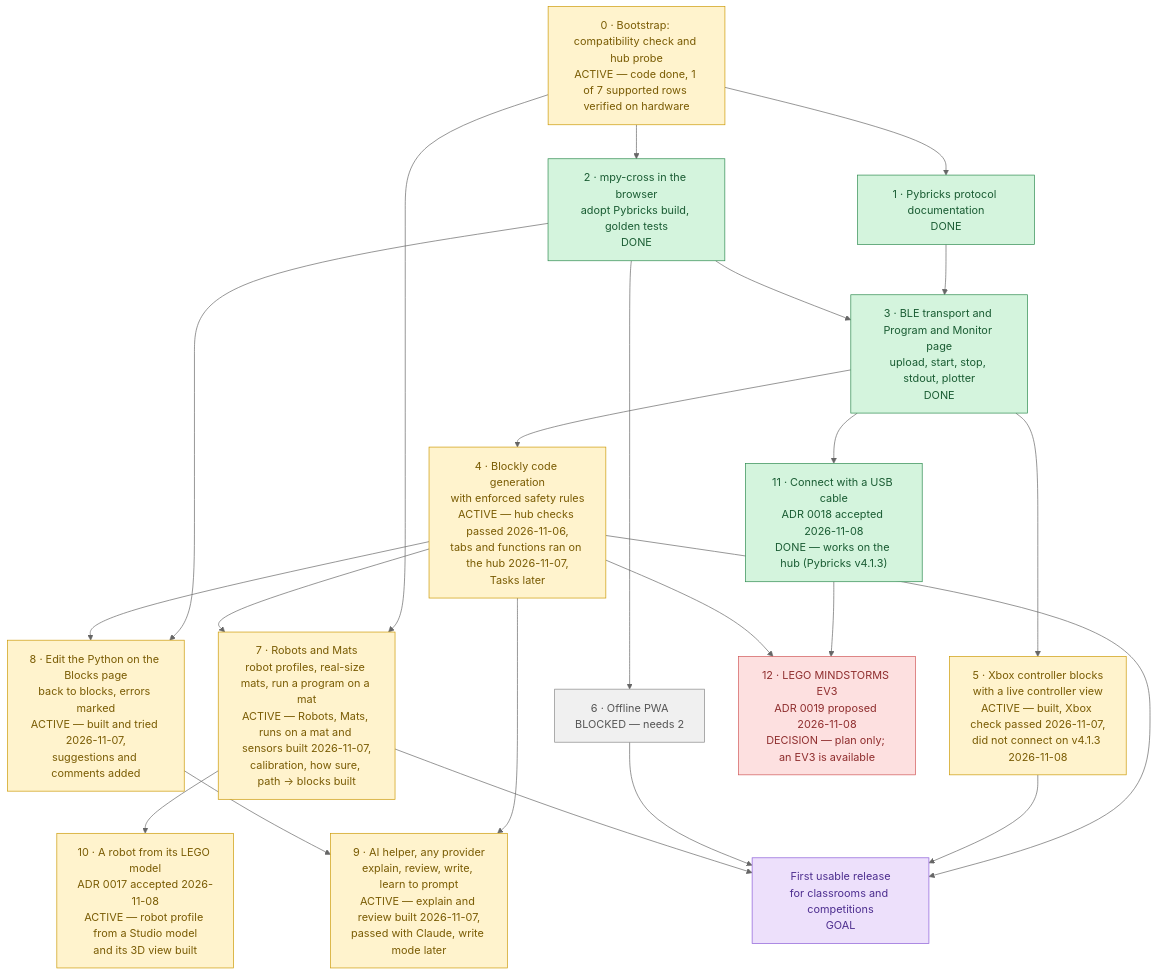
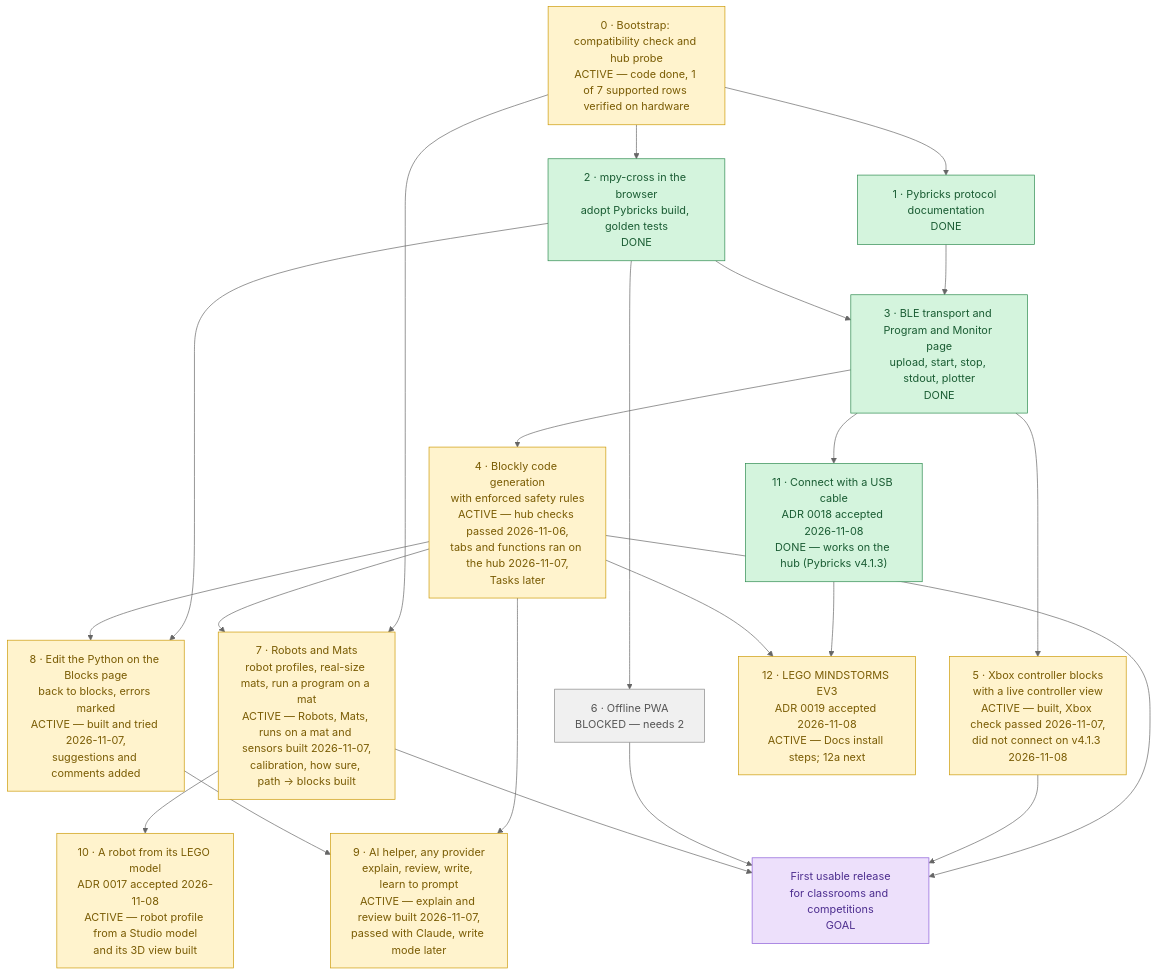
One commit to lumduan/matpilot changed the diagram in docs/roadmap.md. Above: the diagram before and after it, drawn with Mermaid (neutral theme). The commit also changed other lines of this file and 5 other files, not shown here.

First line of the commit message:
docs(ev3): steps to put Pybricks v4 on an EV3; ADR 0019 accepted

````diff
--- a/docs/roadmap.md
+++ b/docs/roadmap.md
@@ -10,57 +10,57 @@
 ```mermaid
 flowchart TD
     M0["0 · Bootstrap: compatibility check and hub probe<br/>ACTIVE — code done, 1 of 7 supported rows verified on hardware"]
     M1["1 · Pybricks protocol documentation<br/>DONE"]
     M2["2 · mpy-cross in the browser<br/>adopt Pybricks build, golden tests<br/>DONE"]
     M3["3 · BLE transport and Program and Monitor page<br/>upload, start, stop, stdout, plotter<br/>DONE"]
     M4["4 · Blockly code generation<br/>with enforced safety rules<br/>ACTIVE — hub checks passed 2026-11-06,<br/>tabs and functions ran on the hub 2026-11-07,<br/>Tasks later"]
     M5["5 · Xbox controller blocks<br/>with a live controller view<br/>ACTIVE — built, Xbox check passed 2026-11-07,<br/>did not connect on v4.1.3 2026-11-08"]
     M6["6 · Offline PWA<br/>BLOCKED — needs 2"]
     M7["7 · Robots and Mats<br/>robot profiles, real-size mats, run a program on a mat<br/>ACTIVE — Robots, Mats, runs on a mat and sensors built 2026-11-07,<br/>calibration, how sure, path → blocks built"]
     M10["10 · A robot from its LEGO model<br/>ADR 0017 accepted 2026-11-08<br/>ACTIVE — robot profile from a Studio model<br/>and its 3D view built"]
     M8["8 · Edit the Python on the Blocks page<br/>back to blocks, errors marked<br/>ACTIVE — built and tried 2026-11-07,<br/>suggestions and comments added"]
     M9["9 · AI helper, any provider<br/>explain, review, write, learn to prompt<br/>ACTIVE — explain and review built 2026-11-07,<br/>passed with Claude, write mode later"]
     M11["11 · Connect with a USB cable<br/>ADR 0018 accepted 2026-11-08<br/>DONE — works on the hub (Pybricks v4.1.3)"]
-    M12["12 · LEGO MINDSTORMS EV3<br/>ADR 0019 proposed 2026-11-08<br/>DECISION — plan only; an EV3 is available"]
+    M12["12 · LEGO MINDSTORMS EV3<br/>ADR 0019 accepted 2026-11-08<br/>ACTIVE — Docs install steps; 12a next"]
     GOAL["First usable release<br/>for classrooms and competitions<br/>GOAL"]
 
     M0 --> M1
     M0 --> M2
     M0 --> M7
     M4 --> M7
     M7 --> M10
     M1 --> M3
     M2 --> M3
     M3 --> M4
     M3 --> M5
     M2 --> M6
     M4 --> GOAL
     M5 --> GOAL
     M6 --> GOAL
     M7 --> GOAL
     M2 --> M8
     M4 --> M8
     M4 --> M9
     M8 --> M9
     M3 --> M11
     M11 --> M12
     M4 --> M12
 
     classDef done     fill:#d4f4dd,stroke:#2d8a4e,color:#1a5c33
     classDef active   fill:#fff3cd,stroke:#cc9a06,color:#7a5c04
     classDef ready    fill:#d6e9ff,stroke:#3b7dd8,color:#1e4d8f
     classDef blocked  fill:#f0f0f0,stroke:#888,color:#555
     classDef goal     fill:#ede0fb,stroke:#8a5cd8,color:#4d2e8f
     classDef decision fill:#fde0e0,stroke:#d05555,color:#8f2e2e
 
     class M0,M4,M5 active
     class M1,M2,M3 done
     class M7 active
     class M6 blocked
     class M10 active
     class GOAL goal
     class M8 active
     class M9 active
     class M11 done
-    class M12 decision
+    class M12 active
 ```
````
